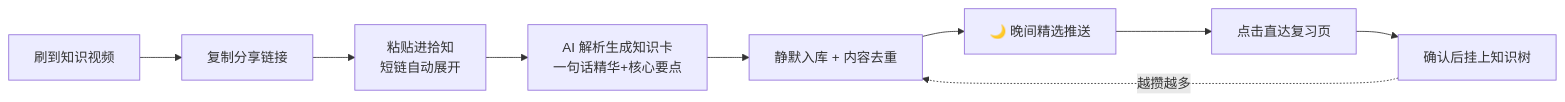
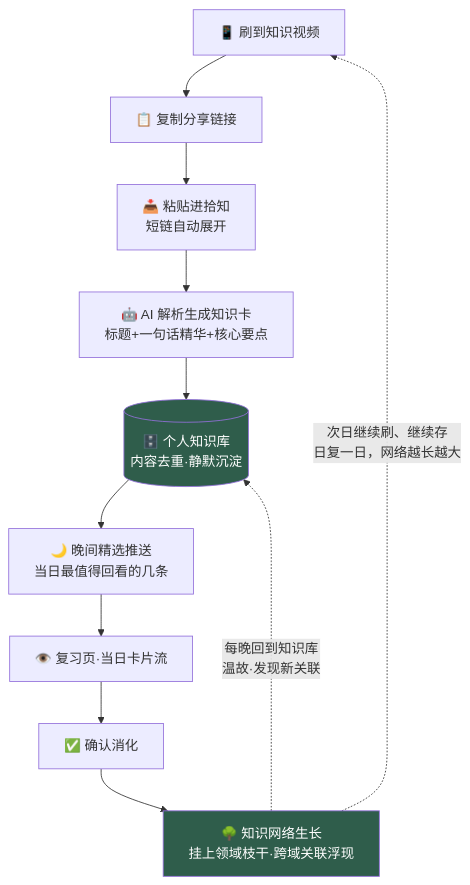
The diagram in README.md (yhs00000/shizhi), drawn with Mermaid before and after one commit. The commit also changed other lines of this file, not shown here.

````diff
--- a/README.md
+++ b/README.md
@@ -29,11 +29,15 @@
 ```mermaid
-flowchart LR
-    A[刷到知识视频] --> B[复制分享链接]
-    B --> C[粘贴进拾知<br/>短链自动展开]
-    C --> D[AI 解析生成知识卡<br/>一句话精华+核心要点]
-    D --> E[静默入库 + 内容去重]
-    E --> F[🌙 晚间精选推送]
-    F --> G[点击直达复习页]
-    G --> H[确认后挂上知识树]
-    H -.越攒越多.-> E
+flowchart TD
+    A[📱 刷到知识视频] --> B[📋 复制分享链接]
+    B --> C[📥 粘贴进拾知<br/>短链自动展开]
+    C --> D[🤖 AI 解析生成知识卡<br/>标题+一句话精华+核心要点]
+    D --> E[(🗄️ 个人知识库<br/>内容去重·静默沉淀)]
+    E --> F[🌙 晚间精选推送<br/>当日最值得回看的几条]
+    F --> G[👁️ 复习页·当日卡片流]
+    G --> H[✅ 确认消化]
+    H --> I[🌳 知识网络生长<br/>挂上领域枝干·跨域关联浮现]
+    I -.->|每晚回到知识库<br/>温故·发现新关联| E
+    I -.->|次日继续刷、继续存<br/>日复一日，网络越长越大| A
+    style E fill:#2F5D4B,color:#fff
+    style I fill:#2F5D4B,color:#fff
 ```
````
